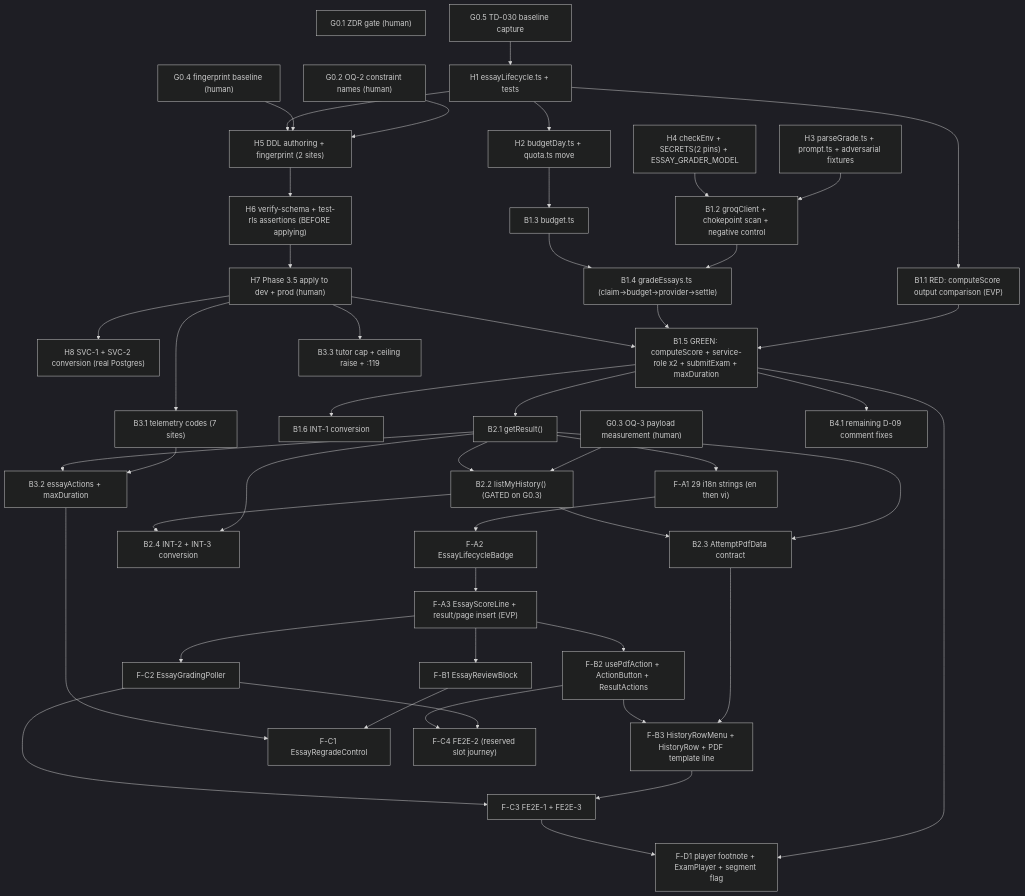
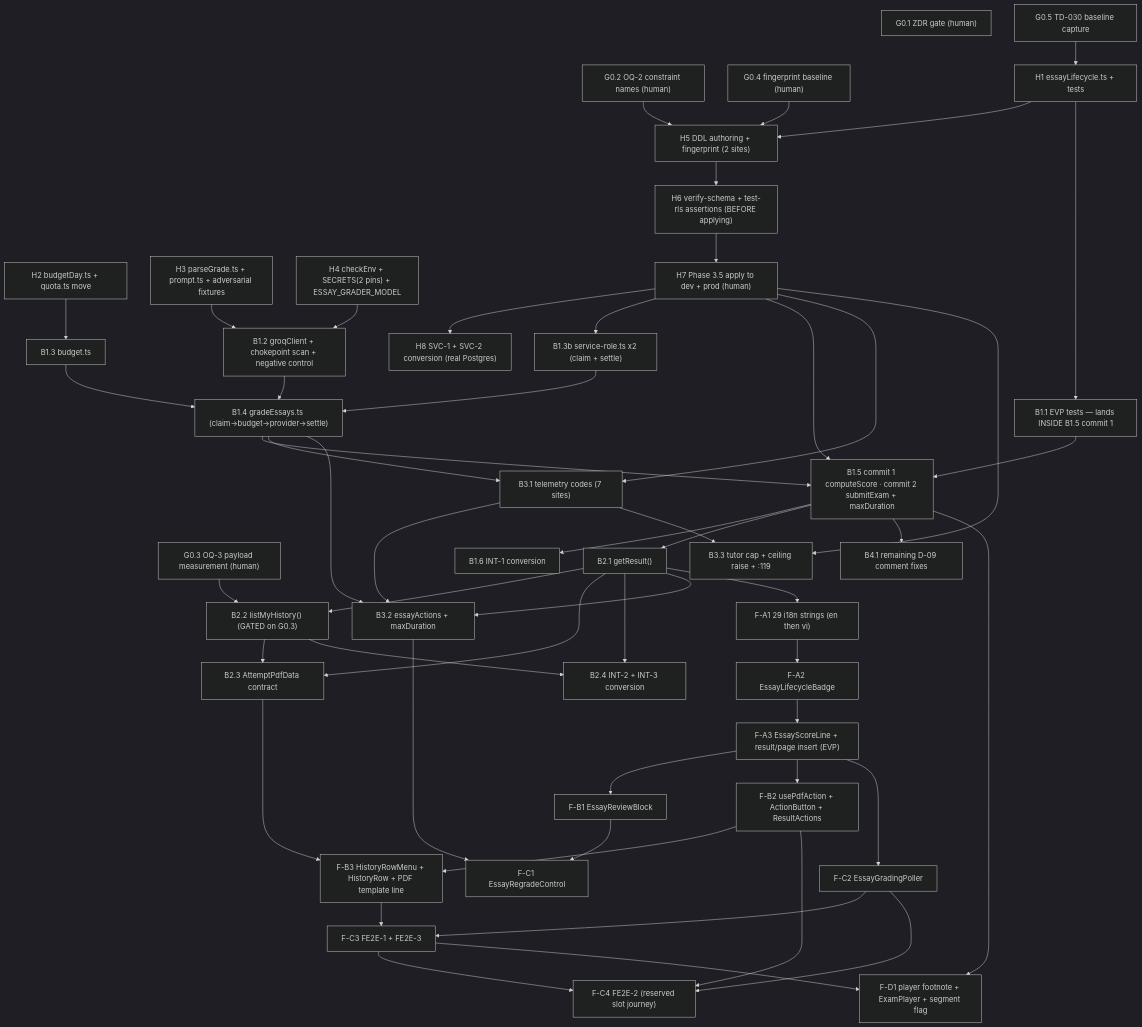
Before and after one commit to undetecteddeveloper/MS-MOLAR: the second of 2 diagrams in docs/plans/20260829-feature-essay-auto-scoring.md, drawn with Mermaid (dark theme). The commit also changed other lines of this file, not shown here.

```diff
--- a/docs/plans/20260829-feature-essay-auto-scoring.md
+++ b/docs/plans/20260829-feature-essay-auto-scoring.md
@@ -483,11 +503,12 @@
     H7["H7 Phase 3.5 apply to dev + prod (human)"]
     H8["H8 SVC-1 + SVC-2 conversion (real Postgres)"]
 
-    B11["B1.1 RED: computeScore output comparison (EVP)"]
+    B11["B1.1 EVP tests — lands INSIDE B1.5 commit 1"]
     B12["B1.2 groqClient + chokepoint scan + negative control"]
     B13["B1.3 budget.ts"]
+    B13B["B1.3b service-role.ts x2 (claim + settle)"]
     B14["B1.4 gradeEssays.ts (claim→budget→provider→settle)"]
-    B15["B1.5 GREEN: computeScore + service-role x2 + submitExam + maxDuration"]
+    B15["B1.5 commit 1 computeScore · commit 2 submitExam + maxDuration"]
     B16["B1.6 INT-1 conversion"]
 
     B21["B2.1 getResult()"]
@@ -517,13 +538,14 @@
     G0E --> H1
     H1 --> H5
     H1 --> B11
-    H1 --> H2
     H3 --> B12
     H4 --> B12
     H5 --> H6 --> H7 --> H8
     H2 --> B13
+    H7 --> B13B
     B12 --> B14
     B13 --> B14
+    B13B --> B14
     B11 --> B15
     B14 --> B15
     H7 --> B15
@@ -536,9 +558,12 @@
     B21 --> B24
     B22 --> B24
     H7 --> B31
+    B14 --> B31
     B31 --> B32
     B21 --> B32
+    B14 --> B32
     H7 --> B33
+    B31 --> B33
     B15 --> B41
 
     B21 --> FA1
@@ -552,6 +577,7 @@
     FA3 --> FC2
     FB3 --> FC3
     FC2 --> FC3
+    FC3 --> FC4
     FC2 --> FC4
     FB2 --> FC4
     B15 --> FD1
```
